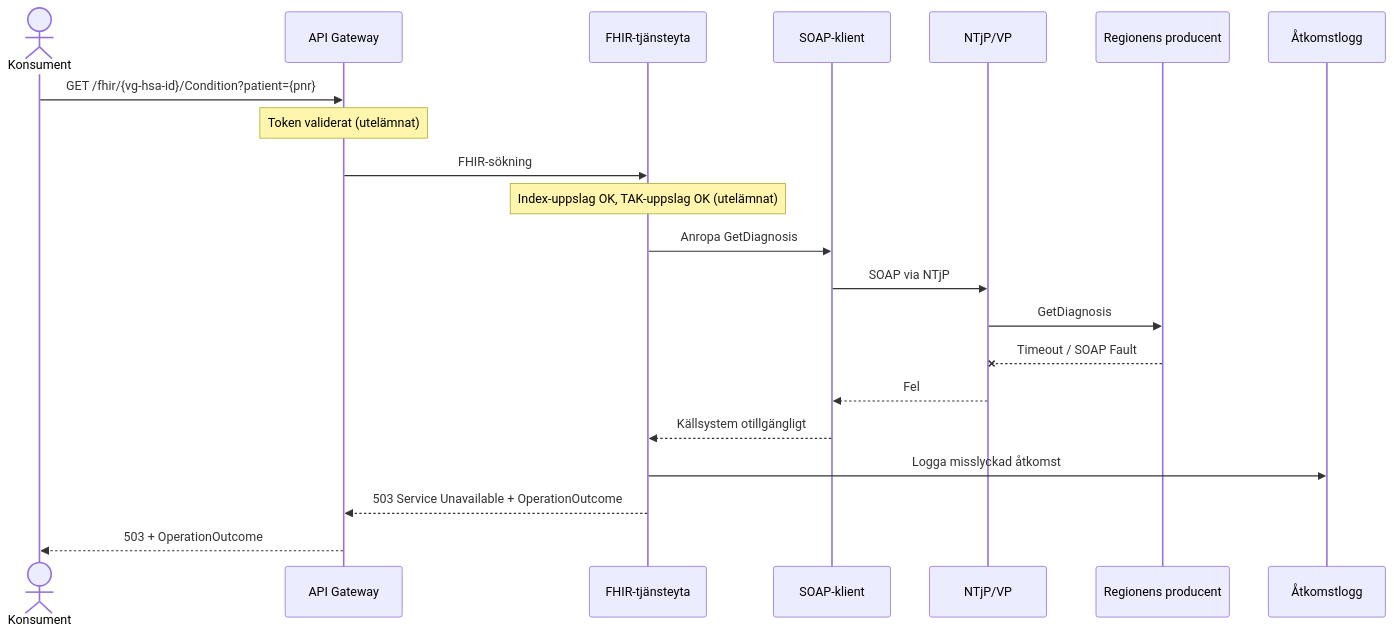
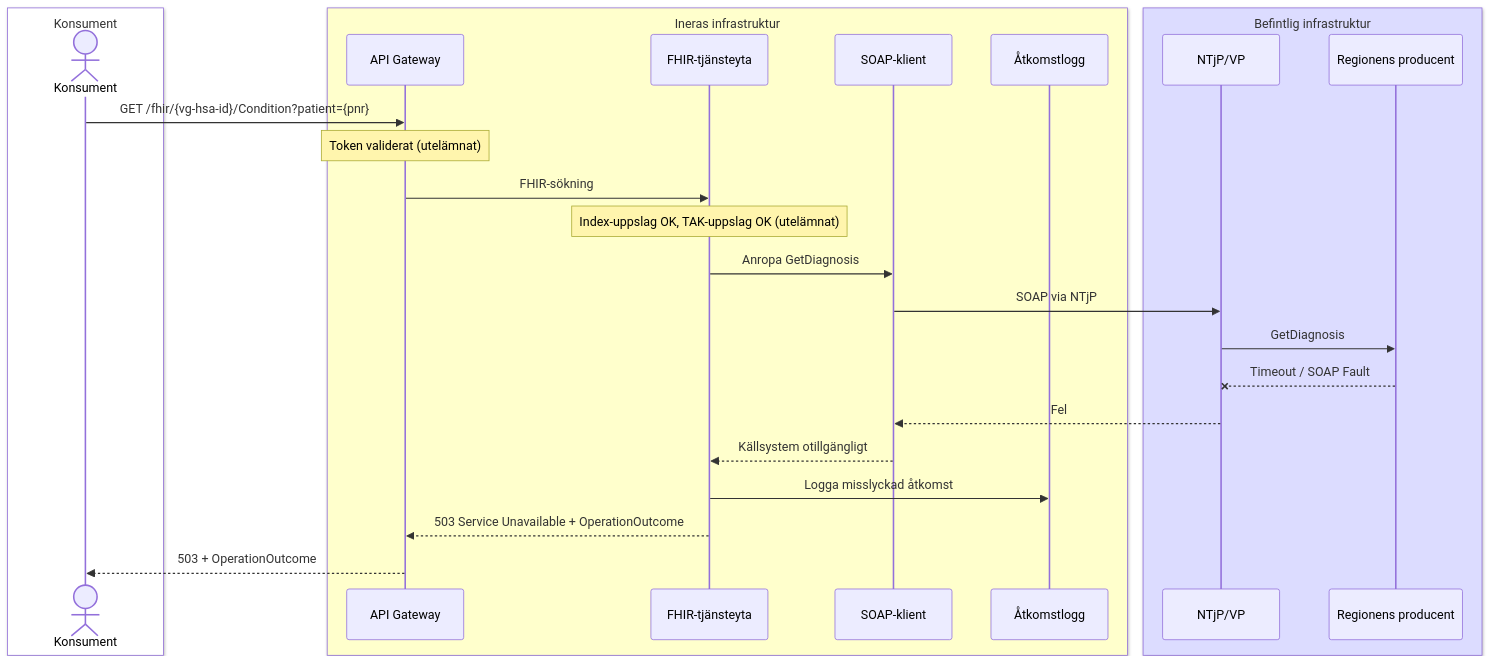
One commit to oskthu2/inera changed the fourth of 9 diagrams in T2/EHDS-brygga/losningsarkitektur-mvp-ehds.md. Above: the diagram before and after it, drawn with Mermaid. The commit also changed other lines of this file, not shown here.

First line of the commit message:
Lägg till färgade boxar i alla Mermaid-diagram

````diff
--- a/T2/EHDS-brygga/losningsarkitektur-mvp-ehds.md
+++ b/T2/EHDS-brygga/losningsarkitektur-mvp-ehds.md
@@ -184,27 +192,33 @@
 ```mermaid
 sequenceDiagram
-    actor K as Konsument
-    participant GW as API Gateway
-    participant FY as FHIR-tjänsteyta
-    participant SC as SOAP-klient
-    participant VP as NTjP/VP
-    participant PROD as Regionens producent
-    participant LG as Åtkomstlogg
+    box rgb(255,255,255) Konsument
+        actor K as Konsument
+    end
+    box rgb(255,255,204) Ineras infrastruktur
+        participant GW as API Gateway
+        participant FY as FHIR-tjänsteyta
+        participant SC as SOAP-klient
+        participant LG as Åtkomstlogg
+    end
+    box rgb(220,220,255) Befintlig infrastruktur
+        participant VP as NTjP/VP
+        participant PROD as Regionens producent
+    end
 
     K->>GW: GET /fhir/{vg-hsa-id}/Condition?patient={pnr}
     Note over GW: Token validerat (utelämnat)
     GW->>FY: FHIR-sökning
     Note over FY: Index-uppslag OK, TAK-uppslag OK (utelämnat)
 
     FY->>SC: Anropa GetDiagnosis
     SC->>VP: SOAP via NTjP
     VP->>PROD: GetDiagnosis
     PROD--xVP: Timeout / SOAP Fault
 
     VP-->>SC: Fel
     SC-->>FY: Källsystem otillgängligt
 
     FY->>LG: Logga misslyckad åtkomst
     FY-->>GW: 503 Service Unavailable + OperationOutcome
     GW-->>K: 503 + OperationOutcome
 ```
````
